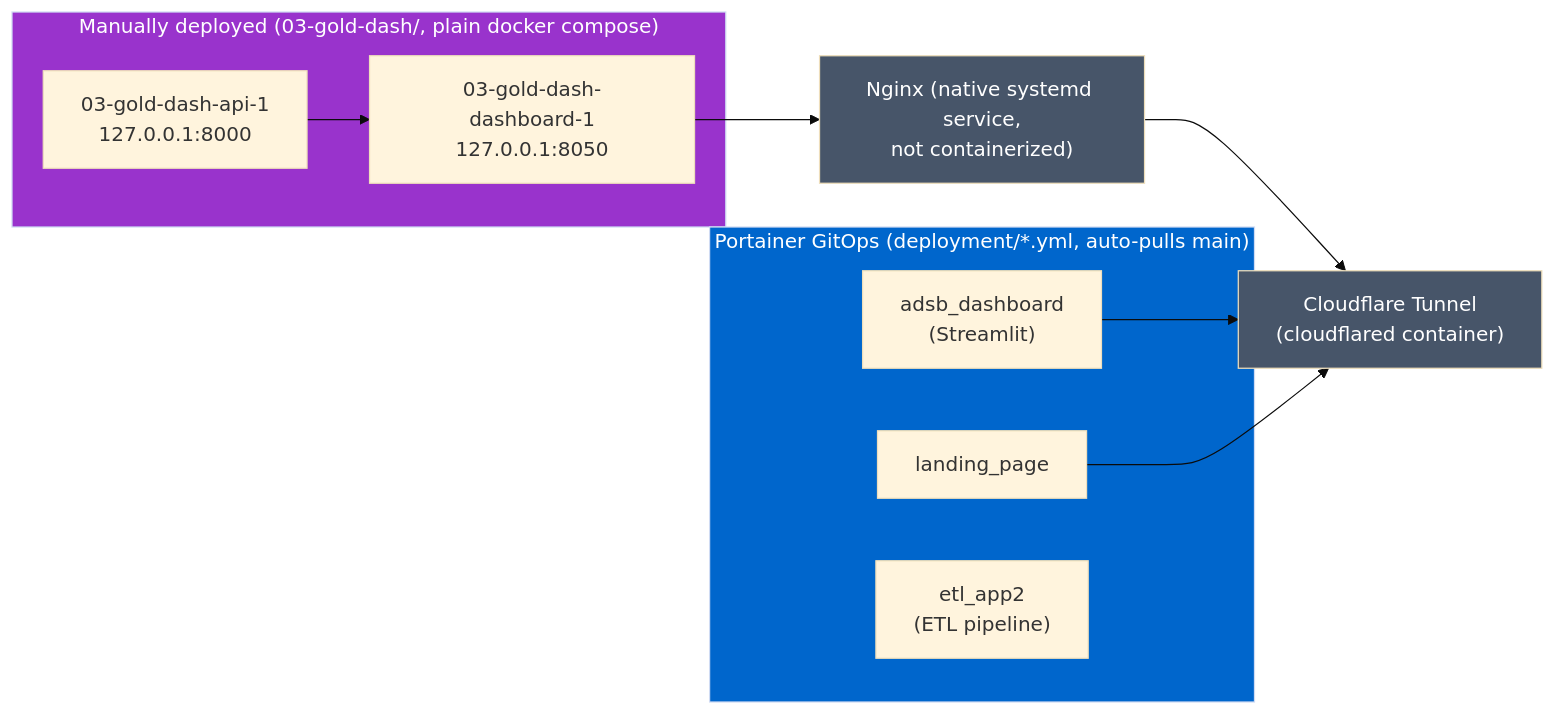
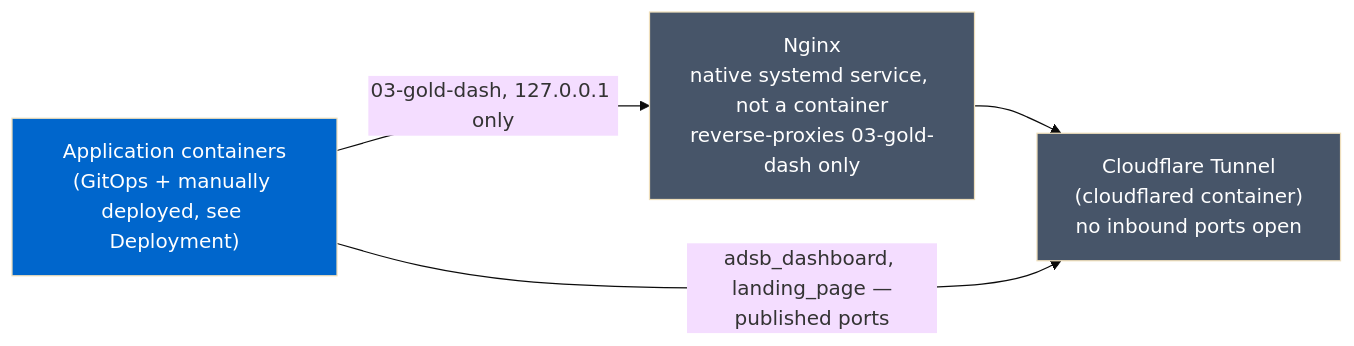
One commit to MatthiasSails/airline-data-platform changed the fifth of 6 diagrams in docs/architecture/README.md. Above: the diagram before and after it, drawn with Mermaid (base theme). The commit also changed other lines of this file, not shown here.

First line of the commit message:
docs(architecture): move GitOps-vs-manual split into Deployment

````diff
--- a/docs/architecture/README.md
+++ b/docs/architecture/README.md
@@ -158,25 +175,14 @@
 ```mermaid
 graph LR
-    subgraph GITOPS["Portainer GitOps (deployment/*.yml, auto-pulls main)"]
-        D1["adsb_dashboard<br/>(Streamlit)"]
-        D2["landing_page"]
-        D3["etl_app2<br/>(ETL pipeline)"]
-    end
-    subgraph MANUAL["Manually deployed (03-gold-dash/, plain docker compose)"]
-        D4["03-gold-dash-api-1<br/>127.0.0.1:8000"]
-        D5["03-gold-dash-dashboard-1<br/>127.0.0.1:8050"]
-    end
-    NGINX["Nginx (native systemd service,<br/>not containerized)"]
-    TUNNEL["Cloudflare Tunnel<br/>(cloudflared container)"]
+    APPS["Application containers<br/>(GitOps + manually deployed, see Deployment)"]
+    NGINX["Nginx<br/>native systemd service, not a container<br/>reverse-proxies 03-gold-dash only"]
+    TUNNEL["Cloudflare Tunnel<br/>(cloudflared container)<br/>no inbound ports open"]
 
-    D4 --> D5
-    D5 --> NGINX
+    APPS -->|03-gold-dash, 127.0.0.1 only| NGINX
     NGINX --> TUNNEL
-    D1 --> TUNNEL
-    D2 --> TUNNEL
+    APPS -->|adsb_dashboard, landing_page —<br/>published ports| TUNNEL
 
-    style GITOPS fill:#0066CC,color:#fff
-    style MANUAL fill:#9933CC,color:#fff
+    style APPS fill:#0066CC,color:#fff
     style NGINX fill:#475569,color:#fff
     style TUNNEL fill:#475569,color:#fff
 ```
````
